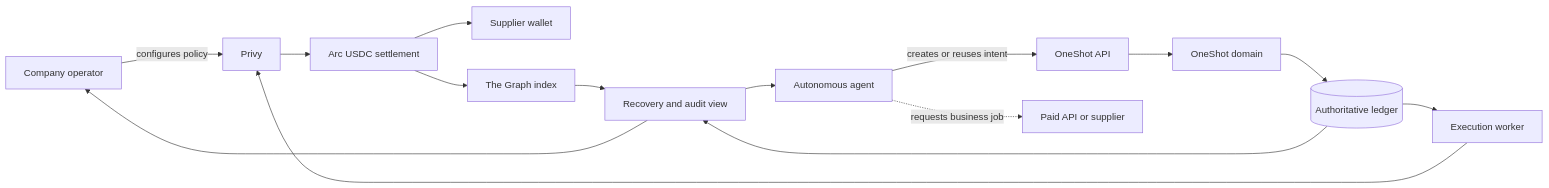
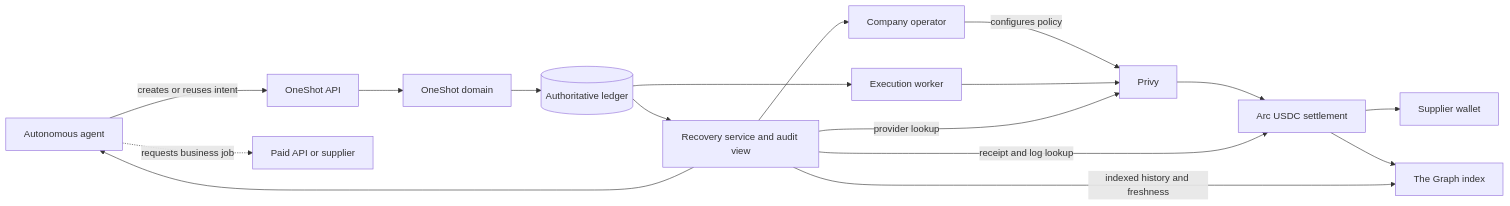
One commit to SWOFART/OneShot changed the first of 7 diagrams in docs/DOMAIN_ARCHITECTURE.md. Above: the diagram before and after it, drawn with Mermaid. The commit also changed other lines of this file and 2 other files, not shown here.

Commit message:
docs(plan): fix recovery diagrams

````diff
--- a/docs/DOMAIN_ARCHITECTURE.md
+++ b/docs/DOMAIN_ARCHITECTURE.md
@@ -9,17 +9,19 @@
 ```mermaid
 flowchart LR
     Operator[Company operator] -->|configures policy| Privy[Privy]
     Agent[Autonomous agent] -->|creates or reuses intent| API[OneShot API]
     Agent -.->|requests business job| Supplier[Paid API or supplier]
     API --> Domain[OneShot domain]
     Domain --> Ledger[(Authoritative ledger)]
     Ledger --> Worker[Execution worker]
     Worker --> Privy
     Privy --> Arc[Arc USDC settlement]
     Arc --> SupplierWallet[Supplier wallet]
     Arc --> Index[The Graph index]
-    Ledger --> Recovery[Recovery and audit view]
-    Index --> Recovery
+    Ledger --> Recovery[Recovery service and audit view]
+    Recovery -->|provider lookup| Privy
+    Recovery -->|receipt and log lookup| Arc
+    Recovery -->|indexed history and freshness| Index
     Recovery --> Agent
     Recovery --> Operator
 ```
````
